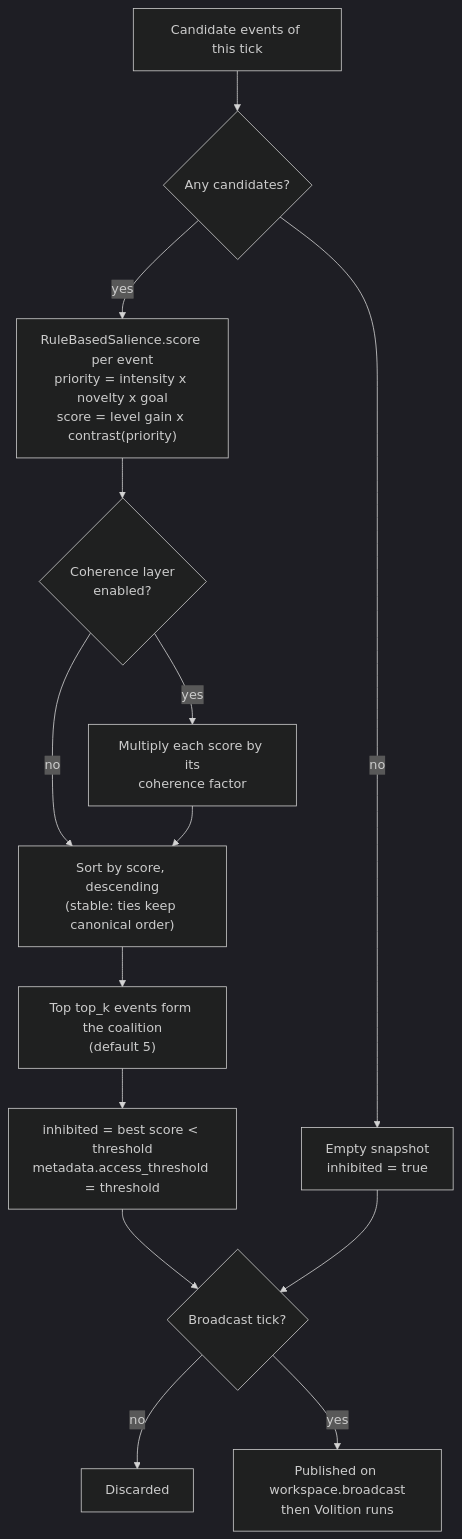
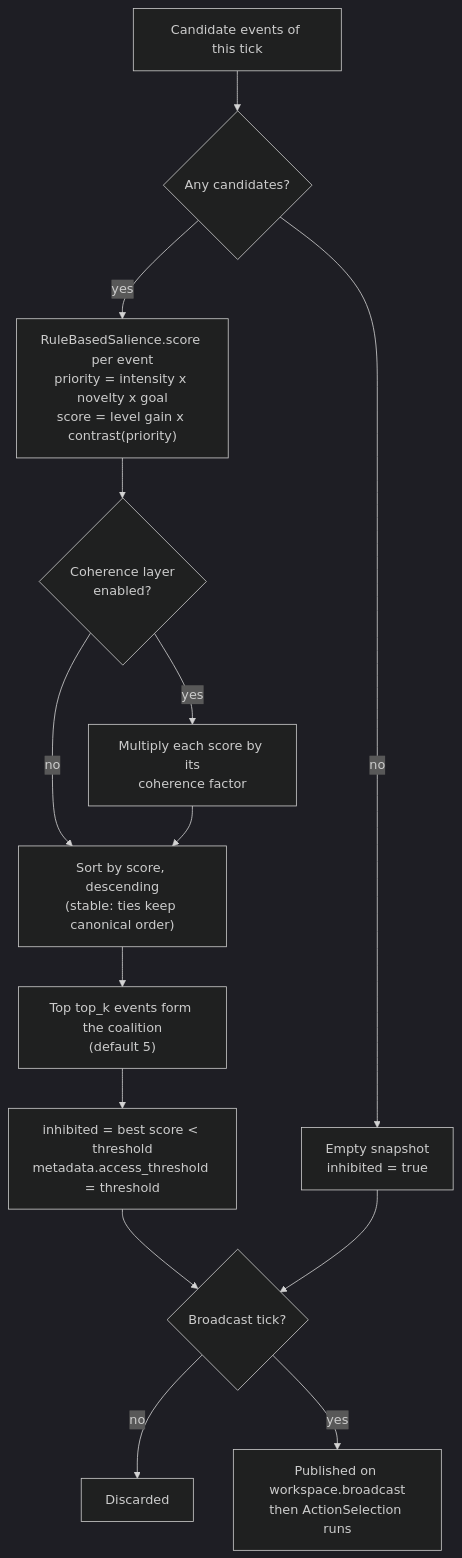
One commit to kaineone/kaine changed the diagram in docs/08-cognitive-cycle/global-workspace.md. Above: the diagram before and after it, drawn with Mermaid (dark theme). The commit also changed other lines of this file and 471 other files, not shown here.

First line of the commit message:
functional-module-names step 5c: identifiers for language, vocal, planning, action selection, effectors, self-model, social cognition, workspace

````diff
--- a/docs/08-cognitive-cycle/global-workspace.md
+++ b/docs/08-cognitive-cycle/global-workspace.md
@@ -11,16 +11,16 @@
 ```mermaid
 flowchart TD
     A["Candidate events of this tick"] --> B{Any candidates?}
     B -- no --> C["Empty snapshot\ninhibited = true"]
     B -- yes --> D["RuleBasedSalience.score per event\npriority = intensity x novelty x goal\nscore = level gain x contrast(priority)"]
     D --> E{Coherence layer\nenabled?}
     E -- no --> J
     E -- yes --> H["Multiply each score by its\ncoherence factor"]
     H --> J["Sort by score, descending\n(stable: ties keep canonical order)"]
     J --> K["Top top_k events form the coalition\n(default 5)"]
     K --> L["inhibited = best score < threshold\nmetadata.access_threshold = threshold"]
     L --> M{Broadcast tick?}
     M -- no --> N["Discarded"]
-    M -- yes --> O["Published on workspace.broadcast\nthen Volition runs"]
+    M -- yes --> O["Published on workspace.broadcast\nthen ActionSelection runs"]
     C --> M
 ```
````
